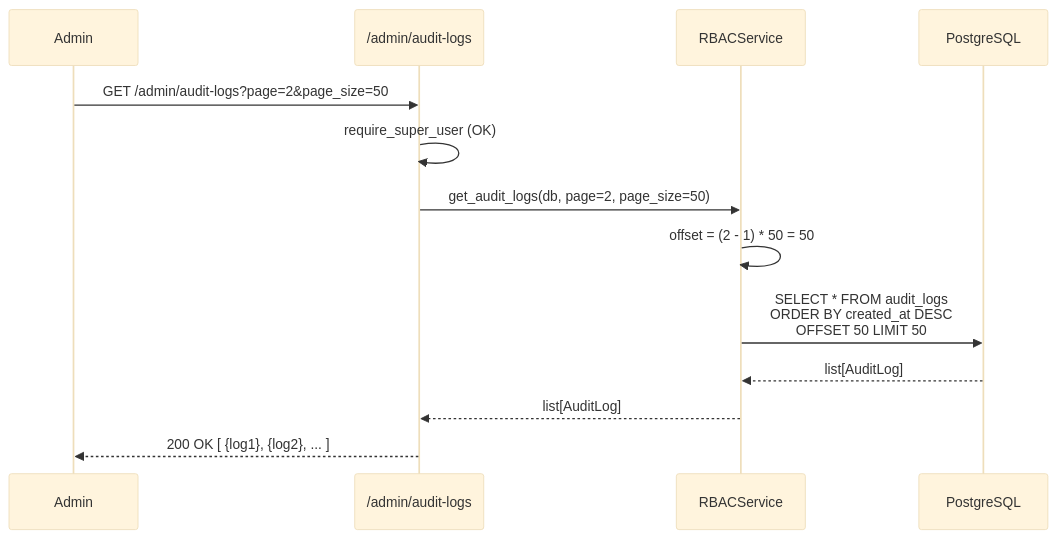
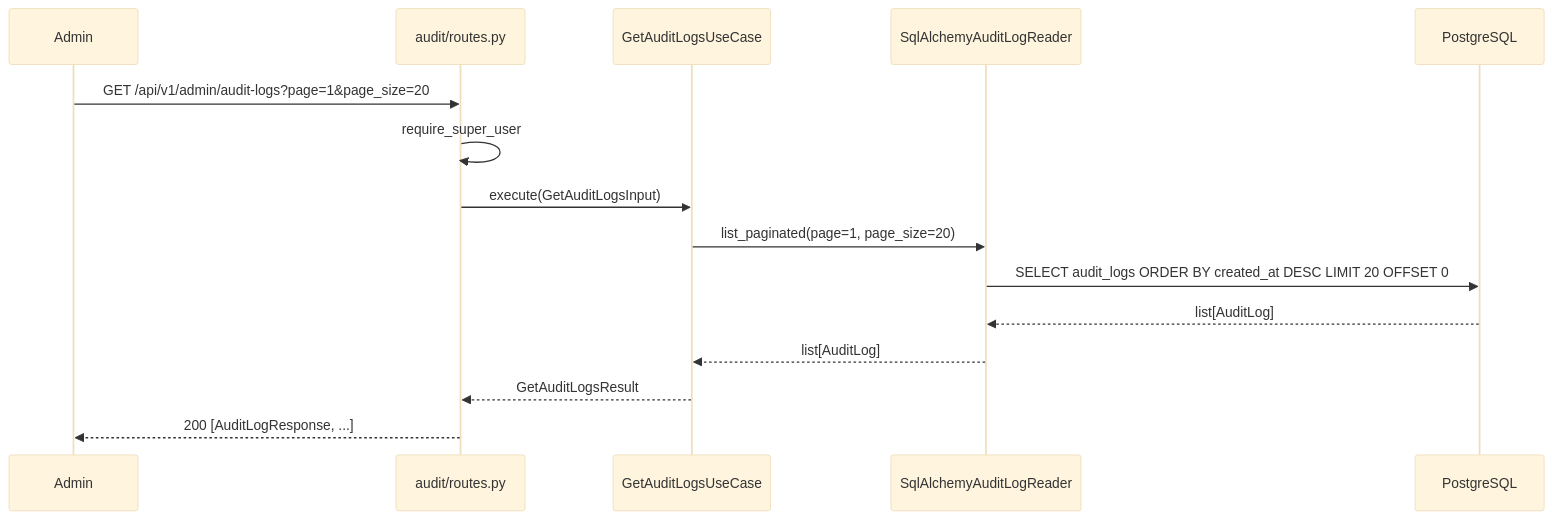
The eighth of 10 diagrams in docs/09-sequence-diagrams.md (anaswaleedtahir/kosmos-ecommerce), drawn with Mermaid (base theme) before and after one commit. The commit also changed other lines of this file and 7 other files, not shown here.

First line of the commit message:
docs: update all docs to reflect hexagonal architecture

````diff
--- a/docs/09-sequence-diagrams.md
+++ b/docs/09-sequence-diagrams.md
@@ -313,16 +235,18 @@
 ```mermaid
 sequenceDiagram
     participant Admin
-    participant API as /admin/audit-logs
-    participant Service as RBACService
+    participant Route as audit/routes.py
+    participant UC as GetAuditLogsUseCase
+    participant Reader as SqlAlchemyAuditLogReader
     participant DB as PostgreSQL
 
-    Admin->>API: GET /admin/audit-logs?page=2&page_size=50
-    API->>API: require_super_user (OK)
-    API->>Service: get_audit_logs(db, page=2, page_size=50)
-    Service->>Service: offset = (2 - 1) * 50 = 50
-    Service->>DB: SELECT * FROM audit_logs<br/>ORDER BY created_at DESC<br/>OFFSET 50 LIMIT 50
-    DB-->>Service: list[AuditLog]
-    Service-->>API: list[AuditLog]
-    API-->>Admin: 200 OK [ {log1}, {log2}, ... ]
+    Admin->>Route: GET /api/v1/admin/audit-logs?page=1&page_size=20
+    Route->>Route: require_super_user
+    Route->>UC: execute(GetAuditLogsInput)
+    UC->>Reader: list_paginated(page=1, page_size=20)
+    Reader->>DB: SELECT audit_logs ORDER BY created_at DESC LIMIT 20 OFFSET 0
+    DB-->>Reader: list[AuditLog]
+    Reader-->>UC: list[AuditLog]
+    UC-->>Route: GetAuditLogsResult
+    Route-->>Admin: 200 [AuditLogResponse, ...]
 ```
````
